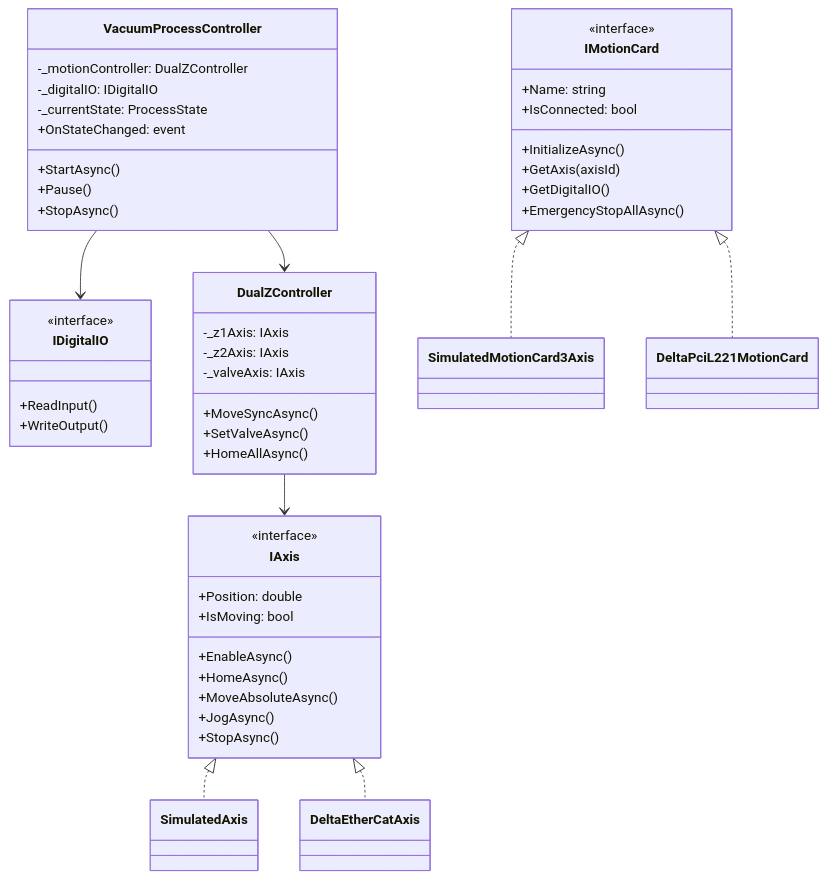
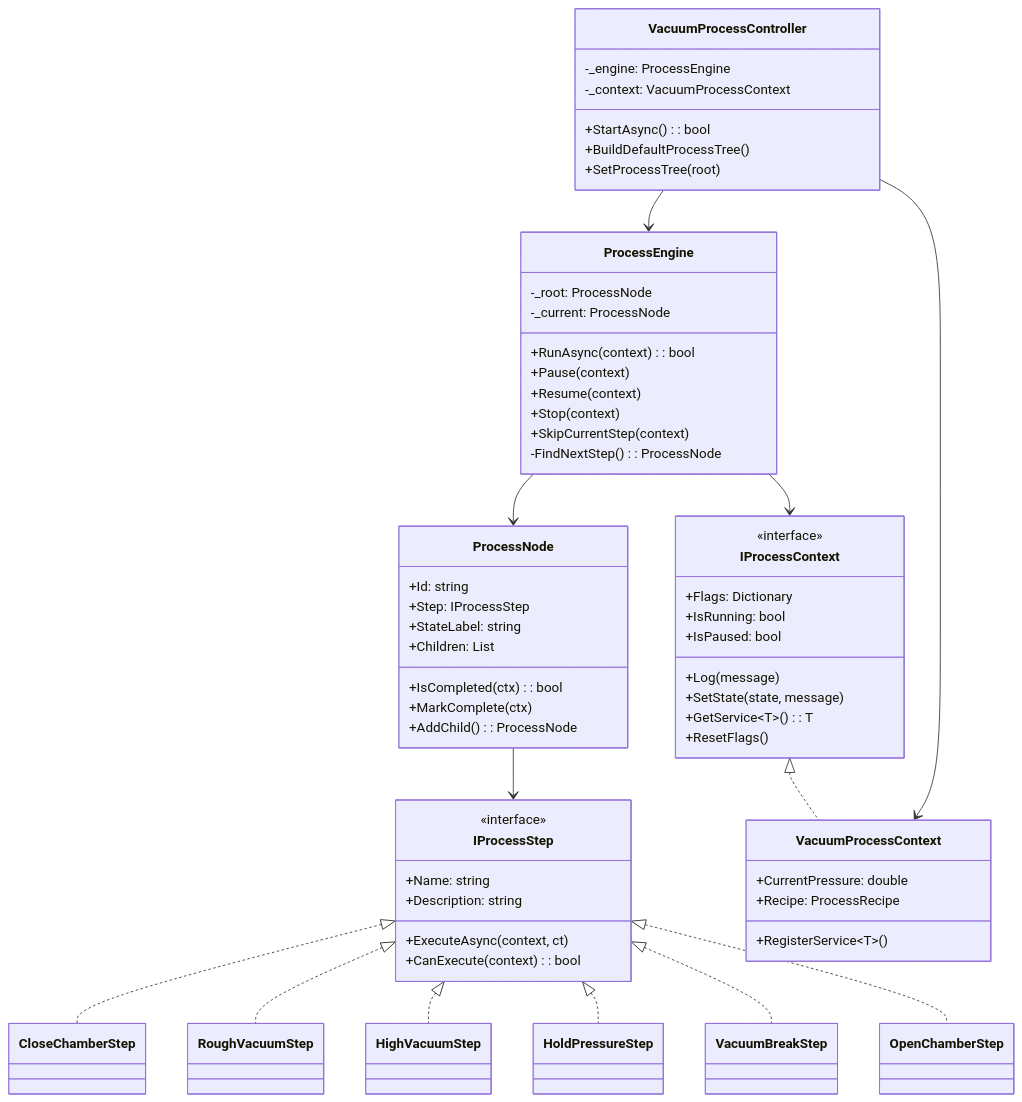
Before and after one commit to guachen0408/VCD: the second of 4 diagrams in VacuumDryer/docs/architecture.md, drawn with Mermaid. The commit also changed other lines of this file and 103 other files, not shown here.

First line of the commit message:
feat: 通用 ProcessEngine 框架 + 步驟插件架構

````diff
--- a/VacuumDryer/docs/architecture.md
+++ b/VacuumDryer/docs/architecture.md
@@ -78,57 +109,71 @@
 ```mermaid
 classDiagram
-    class IMotionCard {
+    class IProcessStep {
         <<interface>>
         +Name: string
-        +IsConnected: bool
-        +InitializeAsync()
-        +GetAxis(axisId)
-        +GetDigitalIO()
-        +EmergencyStopAllAsync()
+        +Description: string
+        +ExecuteAsync(context, ct)
+        +CanExecute(context): bool
     }
     
-    class IAxis {
+    class IProcessContext {
         <<interface>>
-        +Position: double
-        +IsMoving: bool
-        +EnableAsync()
-        +HomeAsync()
-        +MoveAbsoluteAsync()
-        +JogAsync()
-        +StopAsync()
+        +Flags: Dictionary
+        +IsRunning: bool
+        +IsPaused: bool
+        +Log(message)
+        +SetState(state, message)
+        +GetService~T~(): T
+        +ResetFlags()
     }
     
-    class IDigitalIO {
-        <<interface>>
-        +ReadInput()
-        +WriteOutput()
+    class ProcessNode {
+        +Id: string
+        +Step: IProcessStep
+        +StateLabel: string
+        +Children: List
+        +IsCompleted(ctx): bool
+        +MarkComplete(ctx)
+        +AddChild(): ProcessNode
     }
     
-    class DualZController {
-        -_z1Axis: IAxis
-        -_z2Axis: IAxis
-        -_valveAxis: IAxis
-        +MoveSyncAsync()
-        +SetValveAsync()
-        +HomeAllAsync()
+    class ProcessEngine {
+        -_root: ProcessNode
+        -_current: ProcessNode
+        +RunAsync(context): bool
+        +Pause(context)
+        +Resume(context)
+        +Stop(context)
+        +SkipCurrentStep(context)
+        -FindNextStep(): ProcessNode
+    }
+    
+    class VacuumProcessContext {
+        +CurrentPressure: double
+        +Recipe: ProcessRecipe
+        +RegisterService~T~()
     }
     
     class VacuumProcessController {
-        -_motionController: DualZController
-        -_digitalIO: IDigitalIO
-        -_currentState: ProcessState
-        +StartAsync()
-        +Pause()
-        +StopAsync()
-        +OnStateChanged: event
+        -_engine: ProcessEngine
+        -_context: VacuumProcessContext
+        +StartAsync(): bool
+        +BuildDefaultProcessTree()
+        +SetProcessTree(root)
     }
     
-    IMotionCard <|.. SimulatedMotionCard3Axis
-    IMotionCard <|.. DeltaPciL221MotionCard
-    IAxis <|.. SimulatedAxis
-    IAxis <|.. DeltaEtherCatAxis
+    ProcessEngine --> ProcessNode
+    ProcessEngine --> IProcessContext
+    ProcessNode --> IProcessStep
     
-    DualZController --> IAxis
-    VacuumProcessController --> DualZController
-    VacuumProcessController --> IDigitalIO
+    IProcessContext <|.. VacuumProcessContext
+    IProcessStep <|.. CloseChamberStep
+    IProcessStep <|.. RoughVacuumStep
+    IProcessStep <|.. HighVacuumStep
+    IProcessStep <|.. HoldPressureStep
+    IProcessStep <|.. VacuumBreakStep
+    IProcessStep <|.. OpenChamberStep
+    
+    VacuumProcessController --> ProcessEngine
+    VacuumProcessController --> VacuumProcessContext
 ```
````
